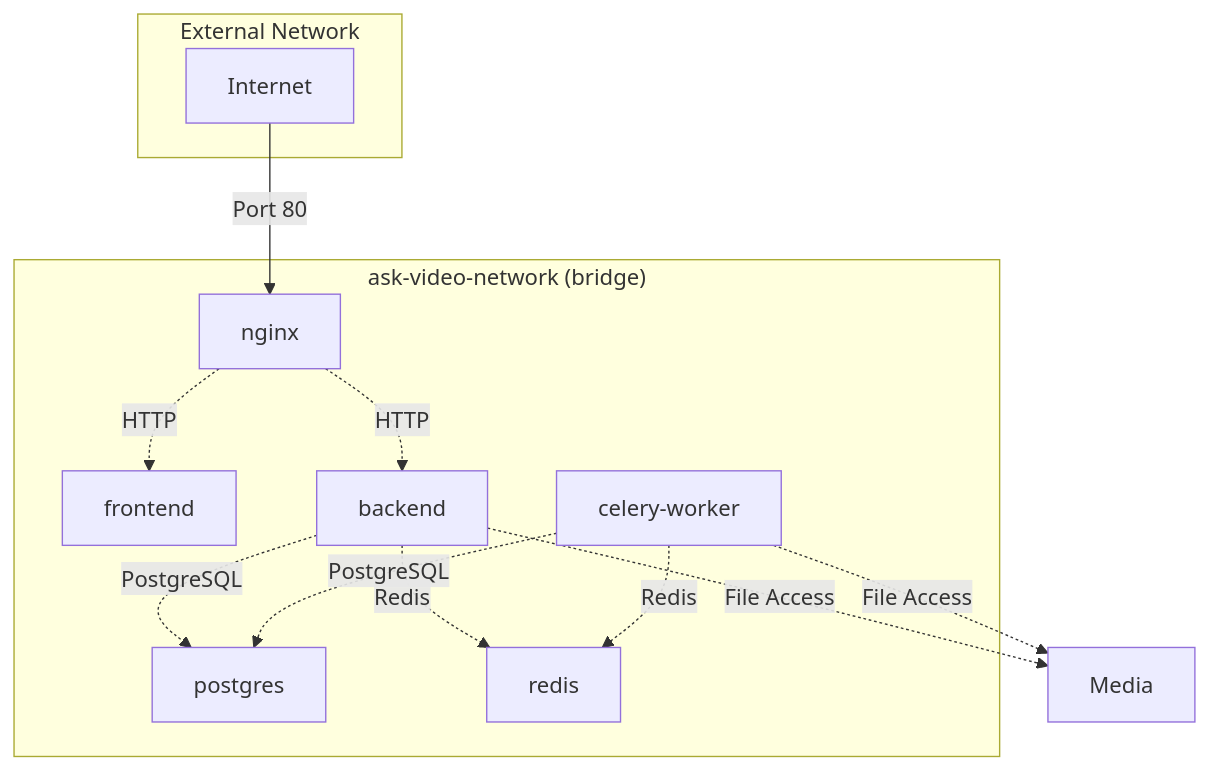
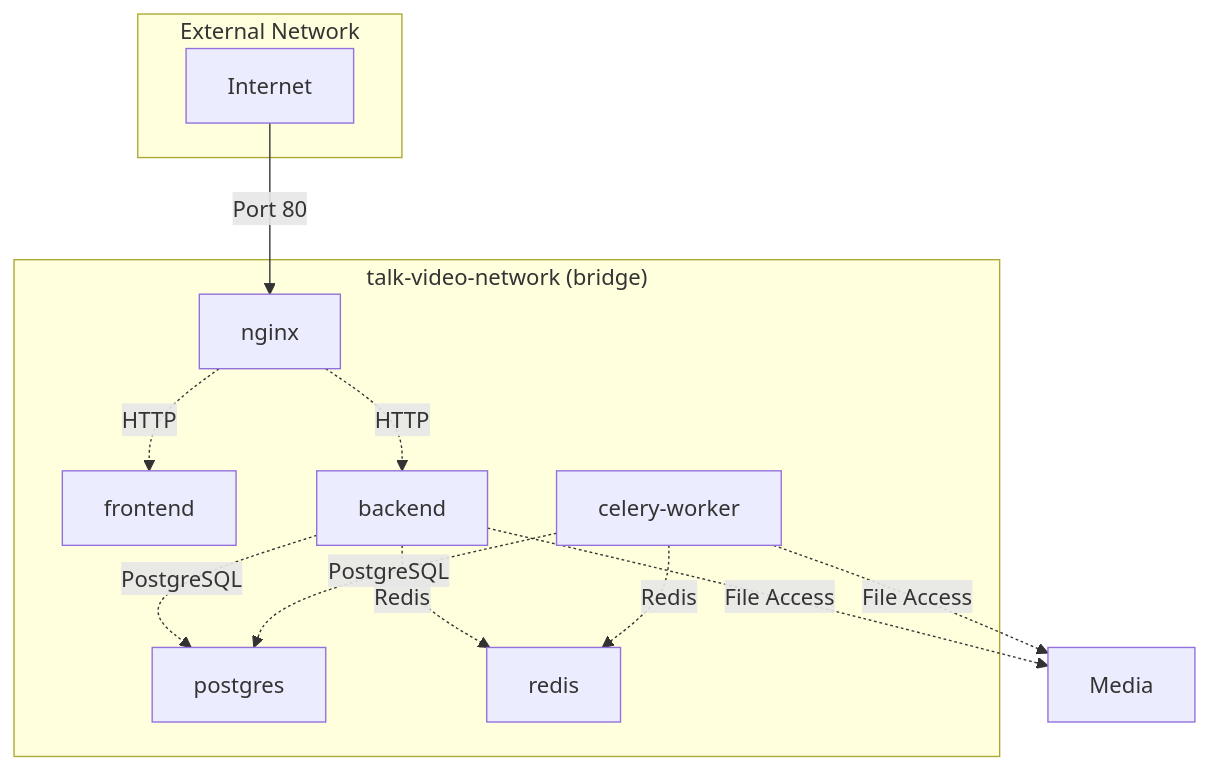
Before and after one commit to yukiharada1228/videoq: the third of 7 diagrams in docs/design/deployment-diagram.md, drawn with Mermaid. The commit also changed other lines of this file and 49 other files, not shown here.

First line of the commit message:
Rename ask-video to talk-video

````diff
--- a/docs/design/deployment-diagram.md
+++ b/docs/design/deployment-diagram.md
@@ -103,26 +103,26 @@
 ```mermaid
 graph TB
-    subgraph Network["ask-video-network (bridge)"]
+    subgraph Network["talk-video-network (bridge)"]
         N1[nginx]
         N2[frontend]
         N3[backend]
         N4[celery-worker]
         N5[postgres]
         N6[redis]
     end
     
     N1 -.->|HTTP| N2
     N1 -.->|HTTP| N3
     N3 -.->|PostgreSQL| N5
     N3 -.->|Redis| N6
     N4 -.->|Redis| N6
     N4 -.->|PostgreSQL| N5
     N3 -.->|File Access| Media
     N4 -.->|File Access| Media
     
     subgraph ExternalNetwork["External Network"]
         Internet[Internet]
     end
     
     Internet -->|Port 80| N1
 ```
````
